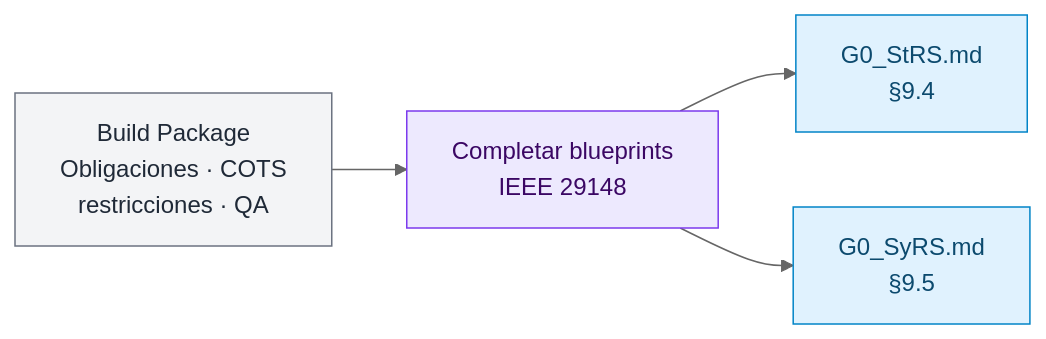
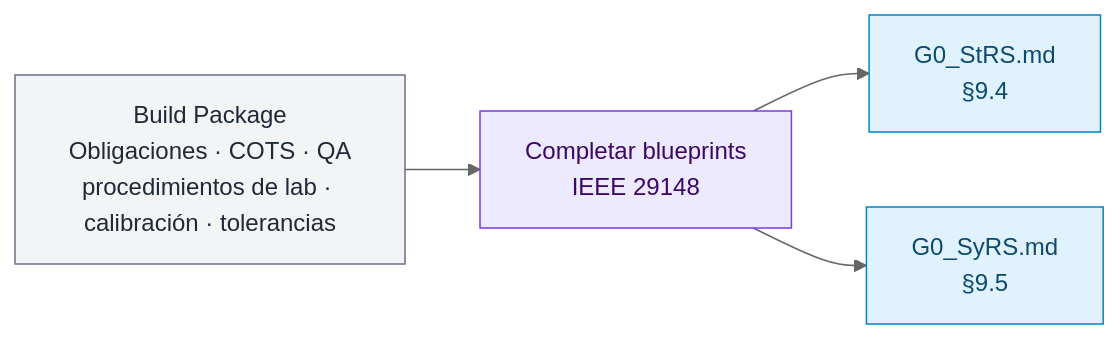
One commit to dramirezbe/codeanvil-gcpds changed the third of 11 diagrams in methodology/V-SIL-v3/V-SIL_v3-spa.md. Above: the diagram before and after it, drawn with Mermaid (neutral theme). The commit also changed other lines of this file and 3 other files, not shown here.

````diff
--- a/methodology/V-SIL-v3/V-SIL_v3-spa.md
+++ b/methodology/V-SIL-v3/V-SIL_v3-spa.md
@@ -98,15 +98,15 @@
 ```mermaid
 flowchart LR
     classDef input fill:#f3f4f6,stroke:#6b7280,color:#1f2937
     classDef process fill:#ede9fe,stroke:#7c3aed,color:#3b0764
     classDef output fill:#e0f2fe,stroke:#0284c7,color:#0c4a6e
 
-    BP["Build Package<br/>Obligaciones · COTS<br/>restricciones · QA"]:::input
+    BP["Build Package<br/>Obligaciones · COTS · QA<br/>procedimientos de lab · calibración · tolerancias"]:::input
     FILL["Completar blueprints<br/>IEEE 29148"]:::process
     StRS["G0_StRS.md<br/>§9.4"]:::output
     SyRS["G0_SyRS.md<br/>§9.5"]:::output
 
     BP --> FILL
     FILL --> StRS
     FILL --> SyRS
 ```
````
